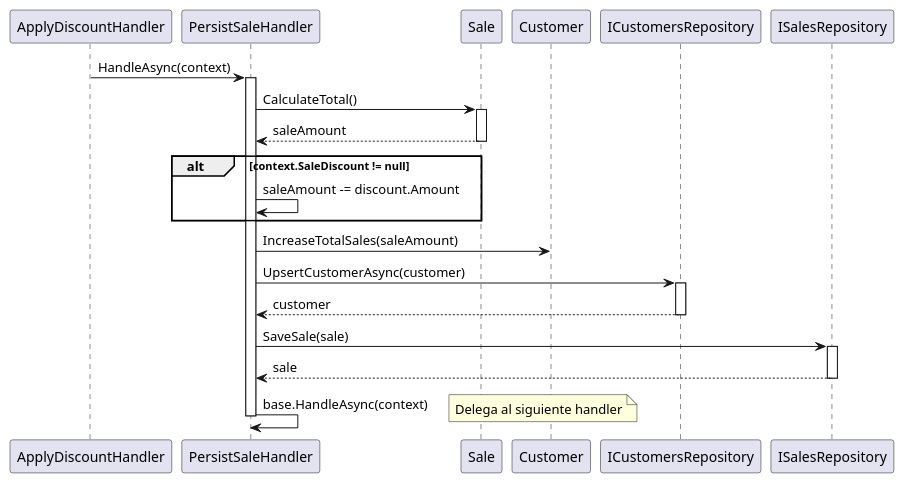
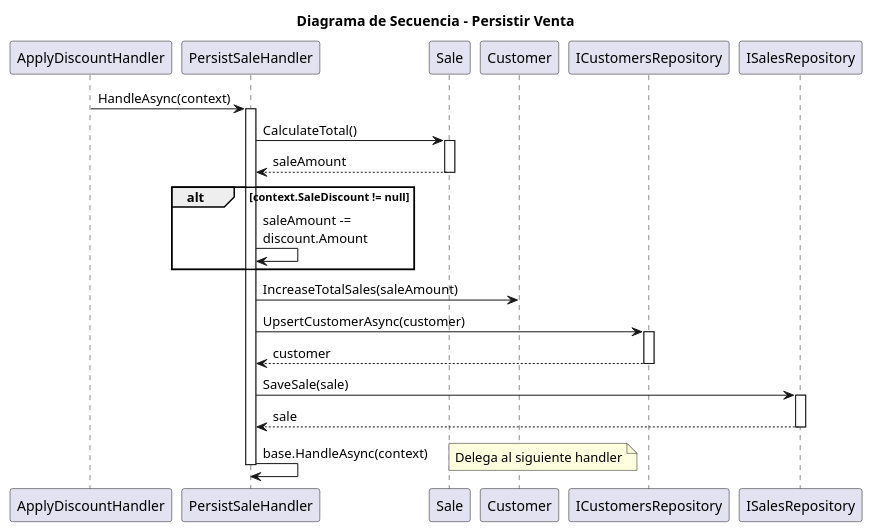
The diagram in docs/WebApi/seq-handler-persist-sale.puml (rogerrocaarano/DesignPatternsDemo), drawn with PlantUML before and after one commit. The commit also changed 12 other files, not shown here.

First line of the commit message:
Docs: polish diagrams with titles and skinparams, add calculate-discount sequence

```diff
--- a/docs/WebApi/seq-handler-persist-sale.puml
+++ b/docs/WebApi/seq-handler-persist-sale.puml
@@ -1,38 +1,43 @@
 @startuml
+
+title Diagrama de Secuencia - Persistir Venta
+
+skinparam wrapWidth 250
+skinparam maxMessageSize 100
 
 participant ApplyDiscountHandler
 participant PersistSaleHandler
 participant Sale
 participant Customer
 participant ICustomersRepository
 participant ISalesRepository
 
 ApplyDiscountHandler -> PersistSaleHandler : HandleAsync(context)
 activate PersistSaleHandler
 
 PersistSaleHandler -> Sale : CalculateTotal()
 activate Sale
 Sale --> PersistSaleHandler : saleAmount
 deactivate Sale
 
 alt context.SaleDiscount != null
     PersistSaleHandler -> PersistSaleHandler : saleAmount -= discount.Amount
 end
 
 PersistSaleHandler -> Customer : IncreaseTotalSales(saleAmount)
 
 PersistSaleHandler -> ICustomersRepository : UpsertCustomerAsync(customer)
 activate ICustomersRepository
 ICustomersRepository --> PersistSaleHandler : customer
 deactivate ICustomersRepository
 
 PersistSaleHandler -> ISalesRepository : SaveSale(sale)
 activate ISalesRepository
 ISalesRepository --> PersistSaleHandler : sale
 deactivate ISalesRepository
 
 PersistSaleHandler -> PersistSaleHandler : base.HandleAsync(context)
 note right : Delega al siguiente handler
 deactivate PersistSaleHandler
 
 @enduml
```
